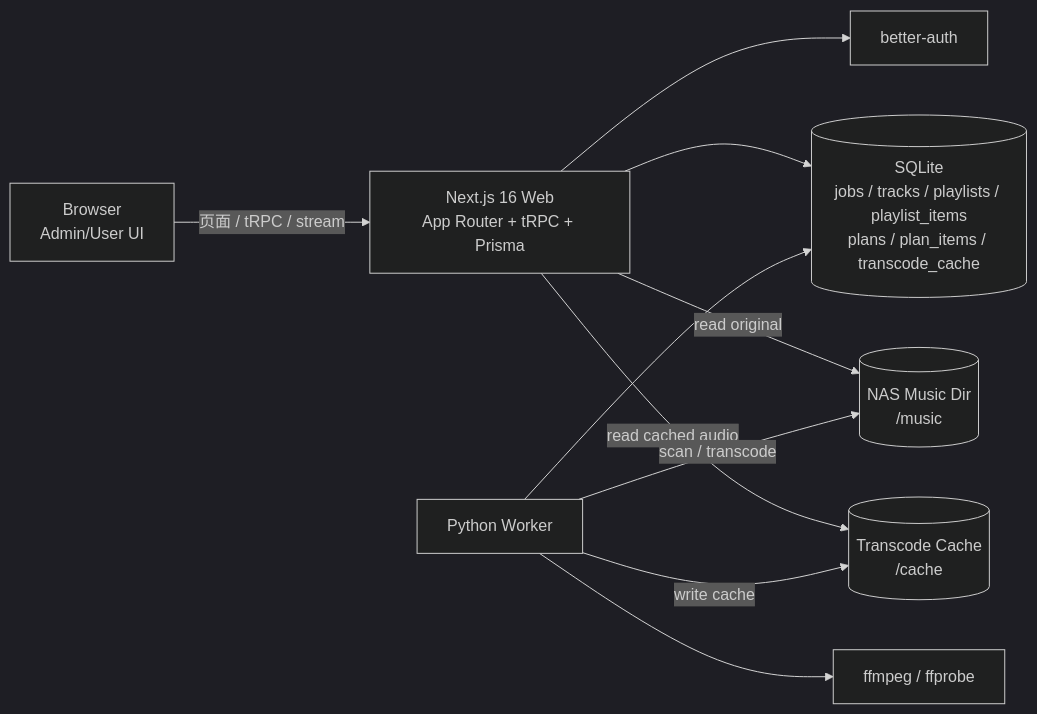
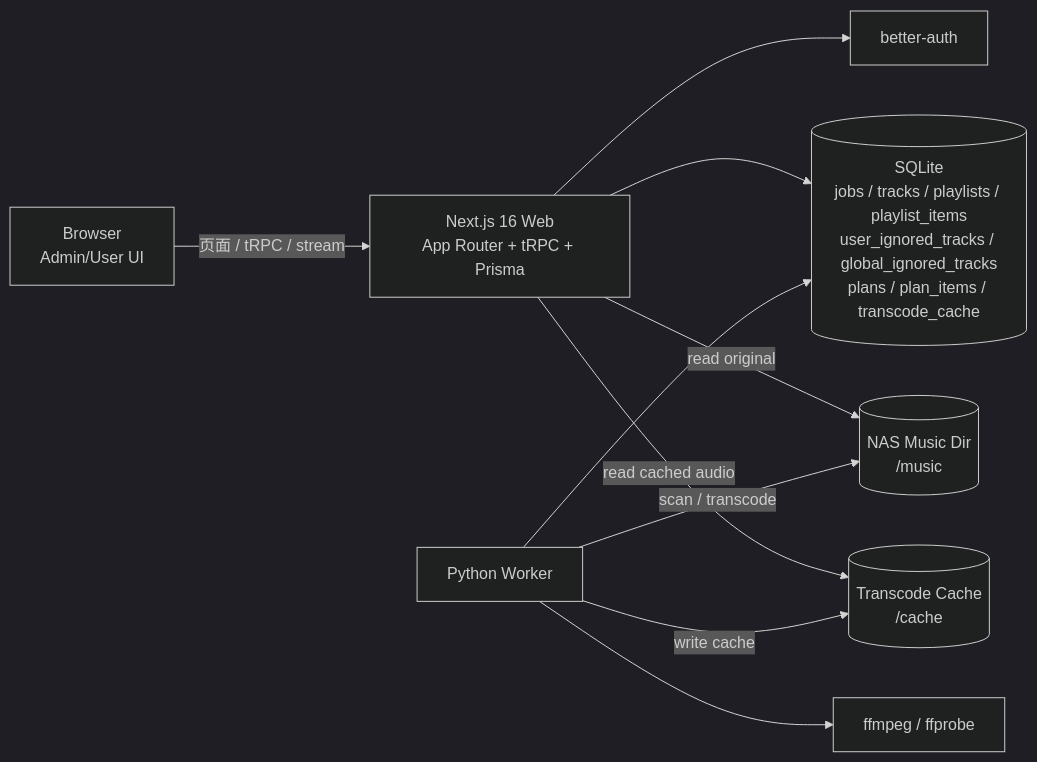
One commit to namehu/music-tagger changed the first of 8 diagrams in docs/architecture.md. Above: the diagram before and after it, drawn with Mermaid (dark theme). The commit also changed other lines of this file and 42 other files, not shown here.

First line of the commit message:
feat(ignored-tracks): 实现双层忽略曲目系统

````diff
--- a/docs/architecture.md
+++ b/docs/architecture.md
@@ -41,22 +41,22 @@
 ```mermaid
 flowchart LR
   Browser[Browser<br/>Admin/User UI]
   Web[Next.js 16 Web<br/>App Router + tRPC + Prisma]
   Auth[better-auth]
-  DB[(SQLite<br/>jobs / tracks / playlists / playlist_items<br/>plans / plan_items / transcode_cache)]
+  DB[(SQLite<br/>jobs / tracks / playlists / playlist_items<br/>user_ignored_tracks / global_ignored_tracks<br/>plans / plan_items / transcode_cache)]
   Worker[Python Worker]
   FF[ffmpeg / ffprobe]
   Music[(NAS Music Dir<br/>/music)]
   Cache[(Transcode Cache<br/>/cache)]
 
   Browser -->|页面 / tRPC / stream| Web
   Web --> Auth
   Web --> DB
   Web -->|read original| Music
   Web -->|read cached audio| Cache
 
   Worker --> DB
   Worker -->|scan / transcode| Music
   Worker --> FF
   Worker -->|write cache| Cache
 ```
````
